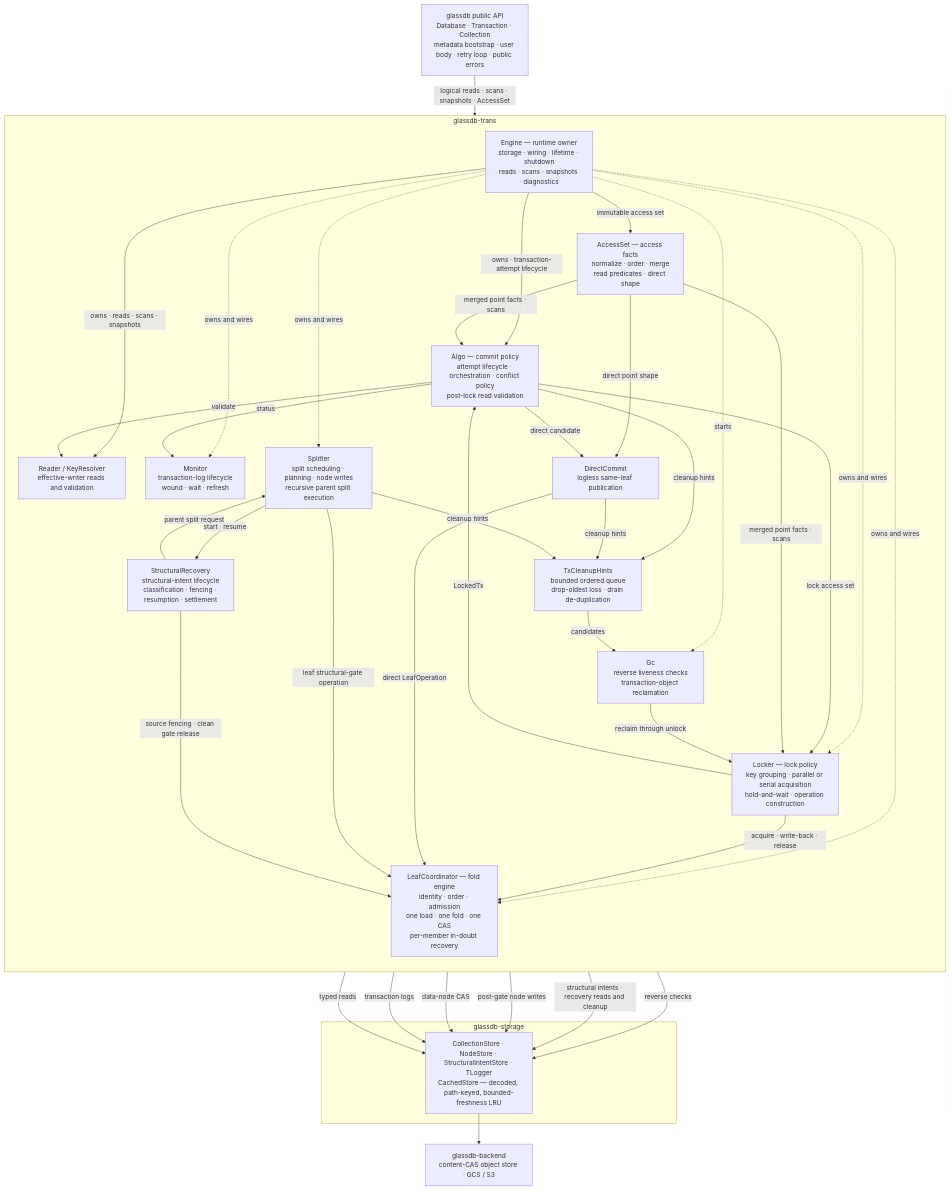
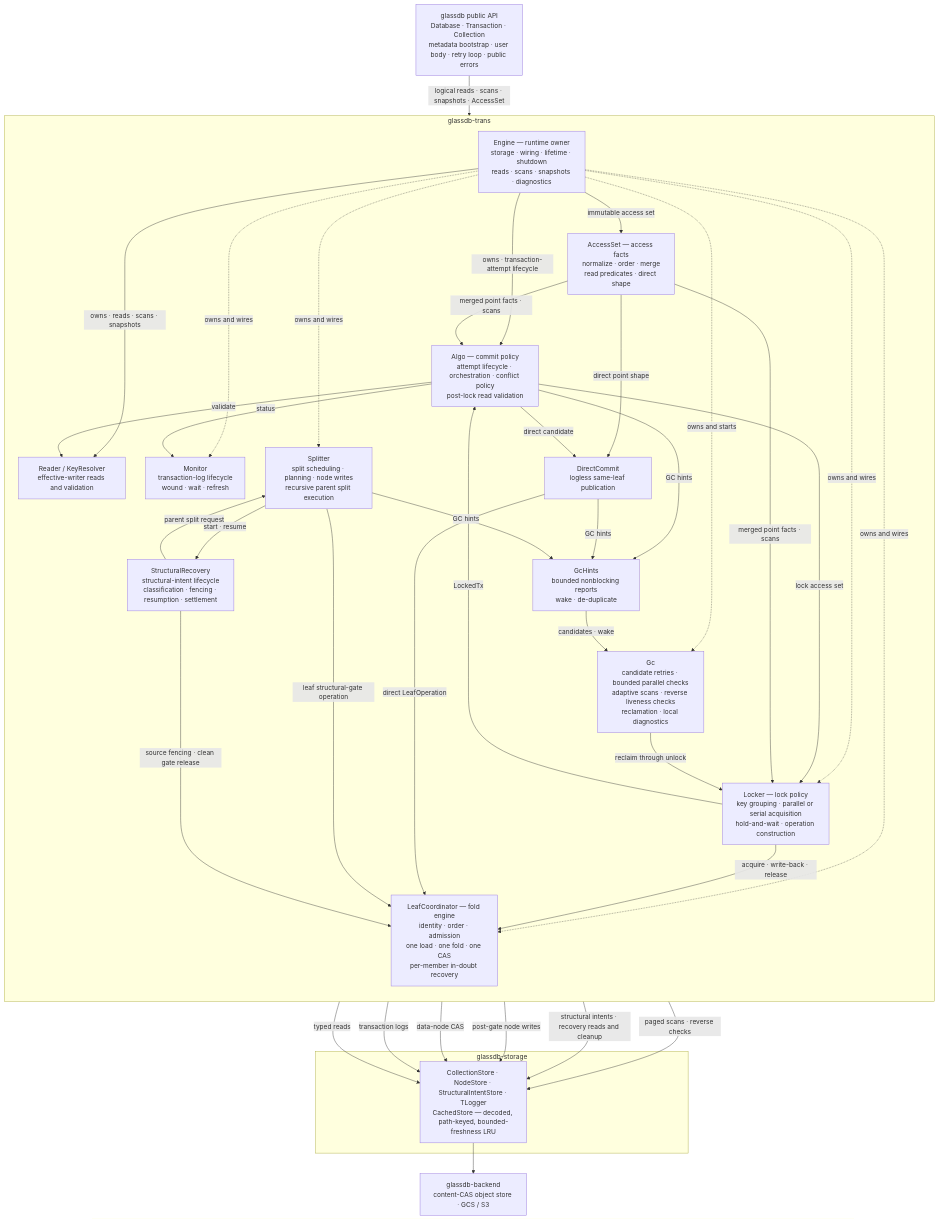
The first of 3 diagrams in docs/architecture.md (mbrt/glassdb-rs), drawn with Mermaid before and after one commit. The commit also changed other lines of this file and 43 other files, not shown here.

````diff
--- a/docs/architecture.md
+++ b/docs/architecture.md
@@ -166,63 +166,63 @@
 ```mermaid
 flowchart TD
   API["glassdb public API<br/>Database · Transaction · Collection<br/>metadata bootstrap · user body · retry loop · public errors"]
 
   subgraph TRANS["glassdb-trans"]
     direction TB
     Engine["Engine — runtime owner<br/>storage · wiring · lifetime · shutdown<br/>reads · scans · snapshots · diagnostics"]
     Accesses["AccessSet — access facts<br/>normalize · order · merge<br/>read predicates · direct shape"]
     Algo["Algo — commit policy<br/>attempt lifecycle · orchestration · conflict policy<br/>post-lock read validation"]
     Reader["Reader / KeyResolver<br/>effective-writer reads and validation"]
     Locker["Locker — lock policy<br/>key grouping · parallel or serial acquisition<br/>hold-and-wait · operation construction"]
     Direct["DirectCommit<br/>logless same-leaf publication"]
     Monitor["Monitor<br/>transaction-log lifecycle<br/>wound · wait · refresh"]
-    Hints["TxCleanupHints<br/>bounded ordered queue<br/>drop-oldest loss · drain de-duplication"]
+    Hints["GcHints<br/>bounded nonblocking reports<br/>wake · de-duplicate"]
     Splitter["Splitter<br/>split scheduling · planning · node writes<br/>recursive parent split execution"]
     Recovery["StructuralRecovery<br/>structural-intent lifecycle<br/>classification · fencing · resumption · settlement"]
     Coord["LeafCoordinator — fold engine<br/>identity · order · admission<br/>one load · one fold · one CAS<br/>per-member in-doubt recovery"]
-    Gc["Gc<br/>reverse liveness checks<br/>transaction-object reclamation"]
+    Gc["Gc<br/>candidate retries · bounded parallel checks<br/>adaptive scans · reverse liveness checks<br/>reclamation · local diagnostics"]
 
     Engine -->|"owns · transaction-attempt lifecycle"| Algo
     Engine -->|"immutable access set"| Accesses
     Engine -->|"owns · reads · scans · snapshots"| Reader
     Engine -.->|"owns and wires"| Locker
     Engine -.->|"owns and wires"| Monitor
     Engine -.->|"owns and wires"| Splitter
     Engine -.->|"owns and wires"| Coord
-    Engine -.->|"starts"| Gc
+    Engine -.->|"owns and starts"| Gc
     Algo -->|"validate"| Reader
     Algo -->|"lock access set"| Locker
     Locker -->|"LockedTx"| Algo
     Algo -->|"status"| Monitor
     Accesses -->|"merged point facts · scans"| Algo
     Accesses -->|"merged point facts · scans"| Locker
     Accesses -->|"direct point shape"| Direct
     Algo -->|"direct candidate"| Direct
-    Algo -->|"cleanup hints"| Hints
-    Direct -->|"cleanup hints"| Hints
-    Splitter -->|"cleanup hints"| Hints
+    Algo -->|"GC hints"| Hints
+    Direct -->|"GC hints"| Hints
+    Splitter -->|"GC hints"| Hints
     Splitter -->|"start · resume"| Recovery
     Recovery -->|"parent split request"| Splitter
-    Hints -->|"candidates"| Gc
+    Hints -->|"candidates · wake"| Gc
     Locker -->|"acquire · write-back · release"| Coord
     Direct -->|"direct LeafOperation"| Coord
     Splitter -->|"leaf structural-gate operation"| Coord
     Recovery -->|"source fencing · clean gate release"| Coord
     Gc -->|"reclaim through unlock"| Locker
   end
 
   subgraph STORAGE["glassdb-storage"]
     Stores["CollectionStore · NodeStore · StructuralIntentStore · TLogger<br/>CachedStore — decoded, path-keyed, bounded-freshness LRU"]
   end
 
   Backend["glassdb-backend<br/>content-CAS object store · GCS / S3"]
 
   API -->|"logical reads · scans · snapshots · AccessSet"| Engine
   Reader -->|"typed reads"| Stores
   Monitor -->|"transaction logs"| Stores
   Coord -->|"data-node CAS"| Stores
   Splitter -->|"post-gate node writes"| Stores
   Recovery -->|"structural intents · recovery reads and cleanup"| Stores
-  Gc -->|"reverse checks"| Stores
+  Gc -->|"paged scans · reverse checks"| Stores
   Stores --> Backend
 ```
````
